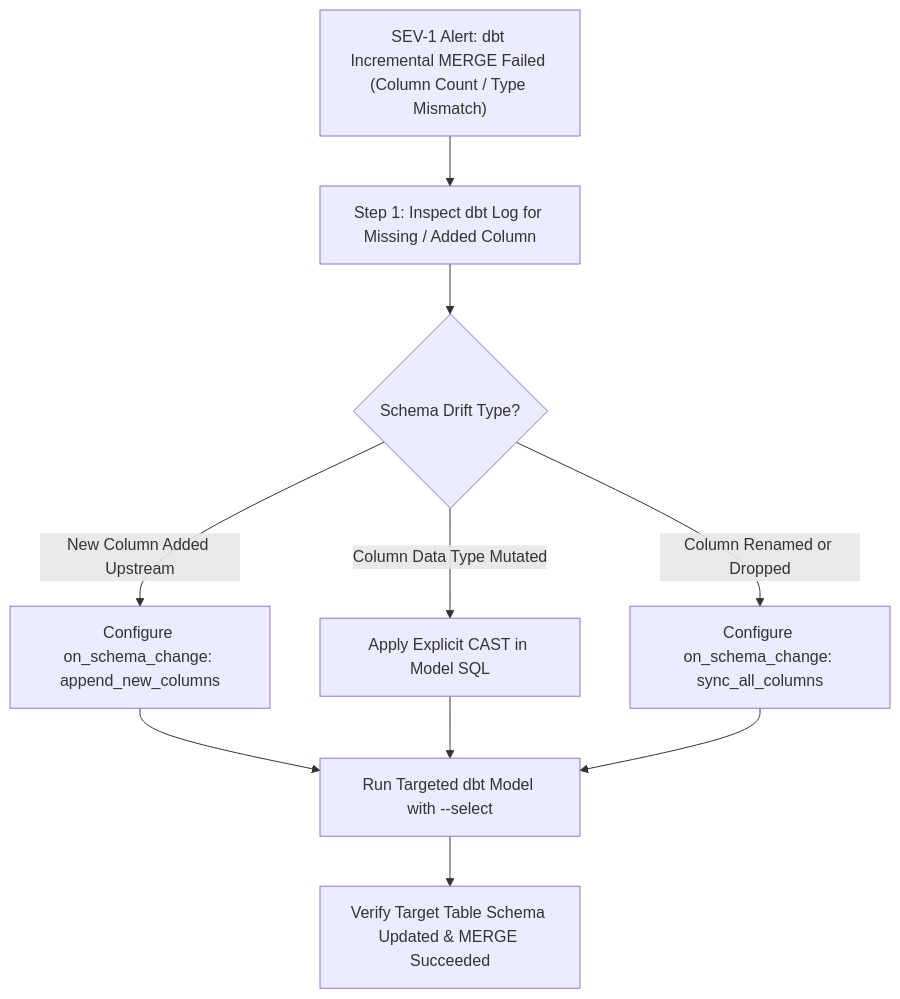
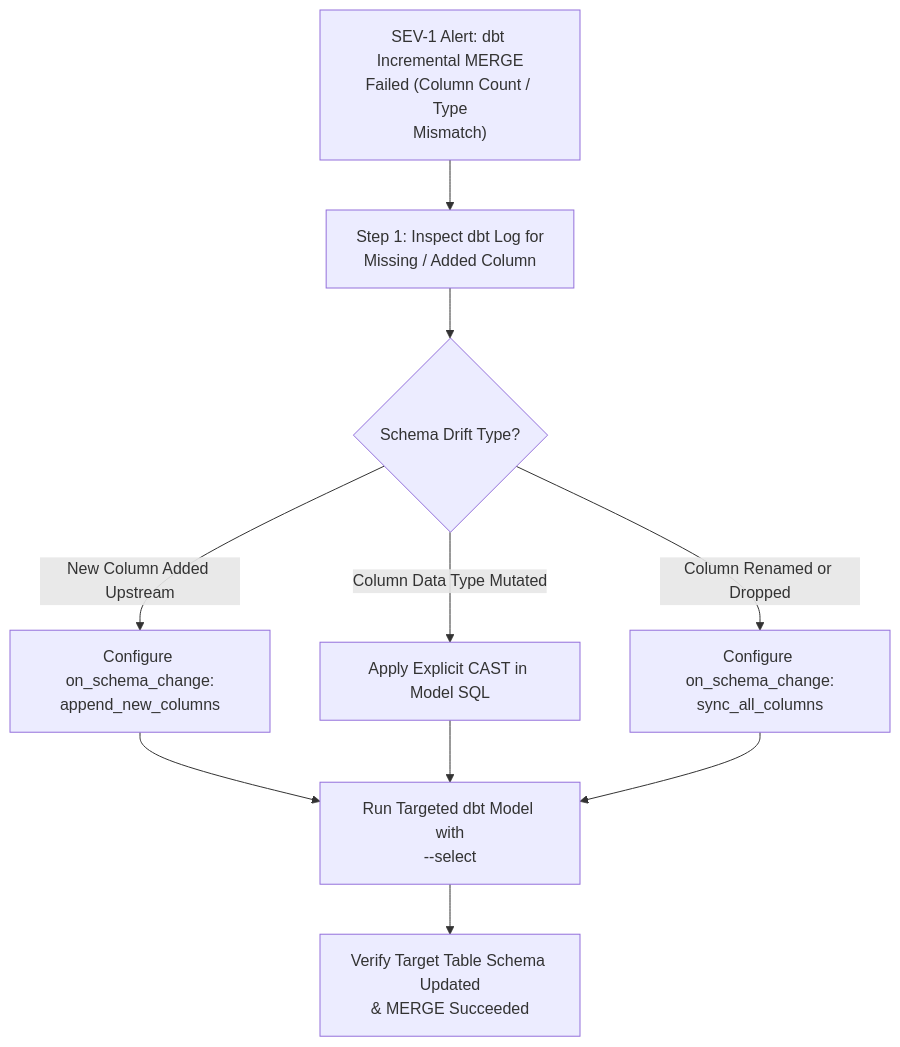
The diagram in runbooks/01_incremental_schema_drift_and_merge_failures.md (santoshjammi29/dbt-handbook), drawn with Mermaid before and after one commit. The commit also changed 11 other files, not shown here.

Commit message:
fix(diagrams): word-wrap labels and escape comparison operators across all diagrams

````diff
--- a/runbooks/01_incremental_schema_drift_and_merge_failures.md
+++ b/runbooks/01_incremental_schema_drift_and_merge_failures.md
@@ -12,14 +12,14 @@
 ```mermaid
 flowchart TD
-    Alert["SEV-1 Alert: dbt Incremental MERGE Failed (Column Count / Type Mismatch)"] --> InspectError["Step 1: Inspect dbt Log for Missing / Added Column"]
+    Alert["SEV-1 Alert: dbt Incremental MERGE<br/>Failed (Column Count / Type<br/>Mismatch)"] --> InspectError["Step 1: Inspect dbt Log for<br/>Missing / Added Column"]
     InspectError --> DriftType{"Schema Drift Type?"}
 
-    DriftType -->|"New Column Added Upstream"| OnSchemaChange["Configure on_schema_change: append_new_columns"]
+    DriftType -->|"New Column Added Upstream"| OnSchemaChange["Configure on_schema_change:<br/>append_new_columns"]
     DriftType -->|"Column Data Type Mutated"| TypeDrift["Apply Explicit CAST in Model SQL"]
-    DriftType -->|"Column Renamed or Dropped"| ColumnDrop["Configure on_schema_change: sync_all_columns"]
+    DriftType -->|"Column Renamed or Dropped"| ColumnDrop["Configure on_schema_change:<br/>sync_all_columns"]
 
-    OnSchemaChange --> RunModel["Run Targeted dbt Model with --select"]
+    OnSchemaChange --> RunModel["Run Targeted dbt Model with<br/>--select"]
     TypeDrift --> RunModel
     ColumnDrop --> RunModel
-    RunModel --> VerifyMerge["Verify Target Table Schema Updated & MERGE Succeeded"]
+    RunModel --> VerifyMerge["Verify Target Table Schema Updated<br/>& MERGE Succeeded"]
 ```
````
